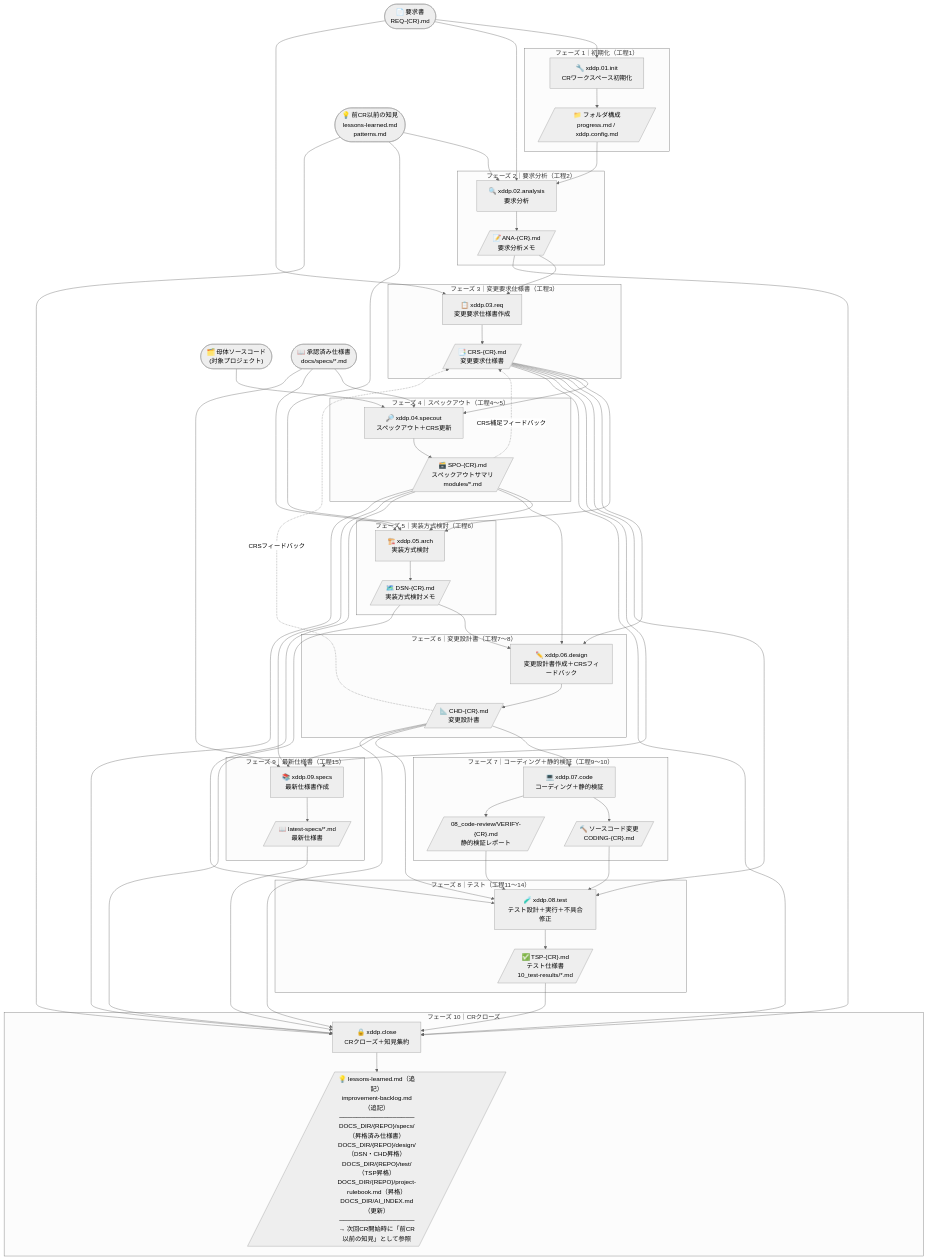
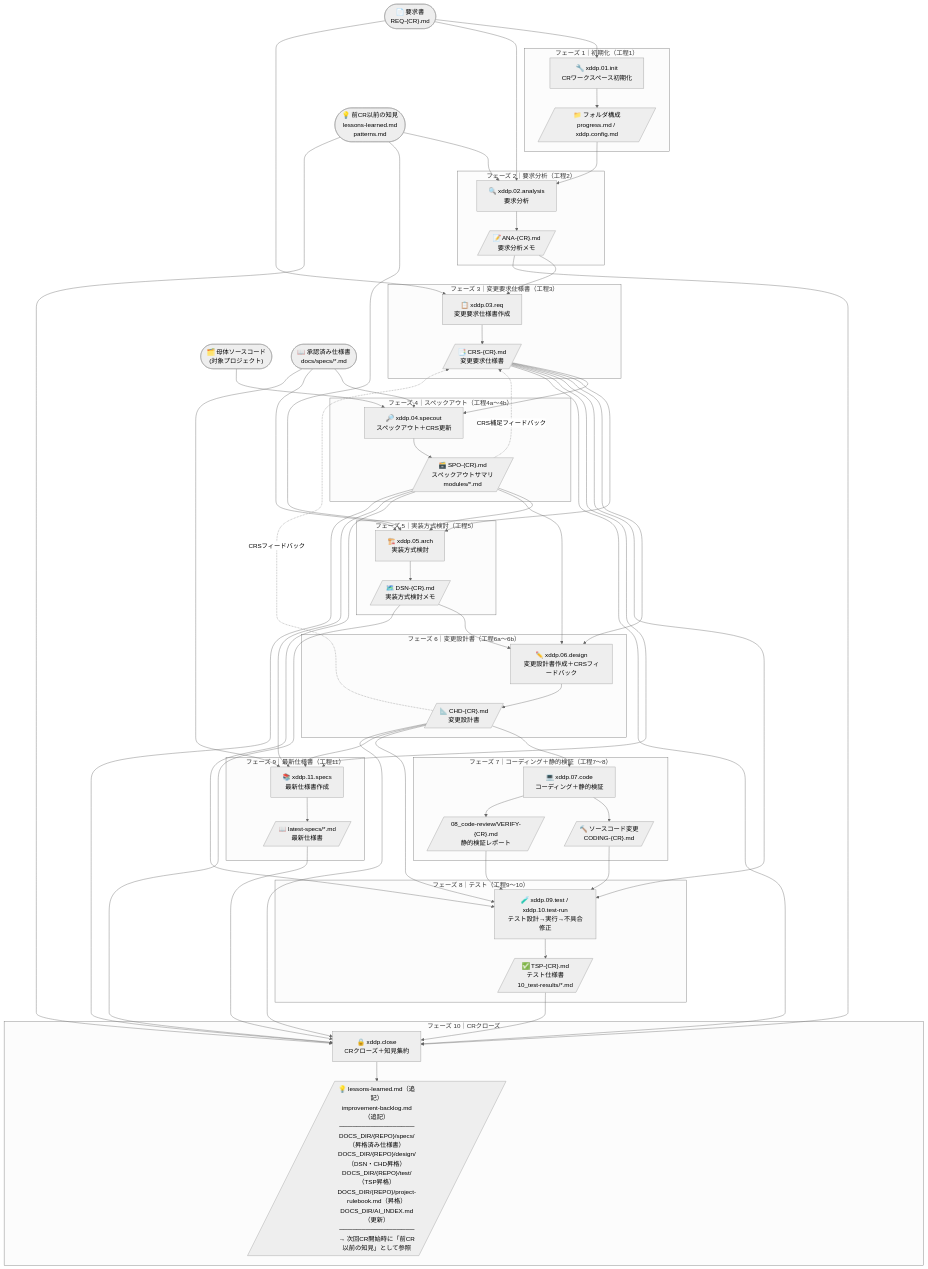
The third of 4 diagrams in docs/xddp-process-dfd.md (tsuna44/XddpSettings), drawn with Mermaid (neutral theme) before and after one commit. The commit also changed other lines of this file and 59 other files, not shown here.

```diff
--- a/docs/xddp-process-dfd.md
+++ b/docs/xddp-process-dfd.md
@@ -84,39 +84,39 @@
     end
 
     %% ─── フェーズ4: 母体調査 ───
-    subgraph PH4["フェーズ 4｜スペックアウト（工程4〜5）"]
+    subgraph PH4["フェーズ 4｜スペックアウト（工程4a〜4b）"]
         S04["🔎 xddp.04.specout<br/>スペックアウト＋CRS更新"]
         A04[/"🗃️ SPO-{CR}.md<br/>スペックアウトサマリ<br/>modules/*.md"/]
     end
 
     %% ─── フェーズ5: 方式検討 ───
-    subgraph PH5["フェーズ 5｜実装方式検討（工程6）"]
+    subgraph PH5["フェーズ 5｜実装方式検討（工程5）"]
         S05["🏗️ xddp.05.arch<br/>実装方式検討"]
         A05[/"🗺️ DSN-{CR}.md<br/>実装方式検討メモ"/]
     end
 
     %% ─── フェーズ6: 変更設計 ───
-    subgraph PH6["フェーズ 6｜変更設計書（工程7〜8）"]
+    subgraph PH6["フェーズ 6｜変更設計書（工程6a〜6b）"]
         S06["✏️ xddp.06.design<br/>変更設計書作成＋CRSフィードバック"]
         A06[/"📐 CHD-{CR}.md<br/>変更設計書"/]
     end
 
     %% ─── フェーズ7: コーディング ───
-    subgraph PH7["フェーズ 7｜コーディング＋静的検証（工程9〜10）"]
+    subgraph PH7["フェーズ 7｜コーディング＋静的検証（工程7〜8）"]
         S07["💻 xddp.07.code<br/>コーディング＋静的検証"]
         A07[/"🔨 ソースコード変更<br/>CODING-{CR}.md"/]
         VF07[/"08_code-review/VERIFY-{CR}.md<br/>静的検証レポート"/]
     end
 
     %% ─── フェーズ8: テスト ───
-    subgraph PH8["フェーズ 8｜テスト（工程11〜14）"]
-        S08["🧪 xddp.08.test<br/>テスト設計＋実行＋不具合修正"]
+    subgraph PH8["フェーズ 8｜テスト（工程9〜10）"]
+        S08["🧪 xddp.09.test / xddp.10.test-run<br/>テスト設計→実行→不具合修正"]
         A08[/"✅ TSP-{CR}.md<br/>テスト仕様書<br/>10_test-results/*.md"/]
     end
 
     %% ─── フェーズ9: 最新仕様書 ───
-    subgraph PH9["フェーズ 9｜最新仕様書（工程15）"]
-        S09["📚 xddp.09.specs<br/>最新仕様書作成"]
+    subgraph PH9["フェーズ 9｜最新仕様書（工程11）"]
+        S09["📚 xddp.11.specs<br/>最新仕様書作成"]
         A09[/"📖 latest-specs/*.md<br/>最新仕様書"/]
     end
 
```
